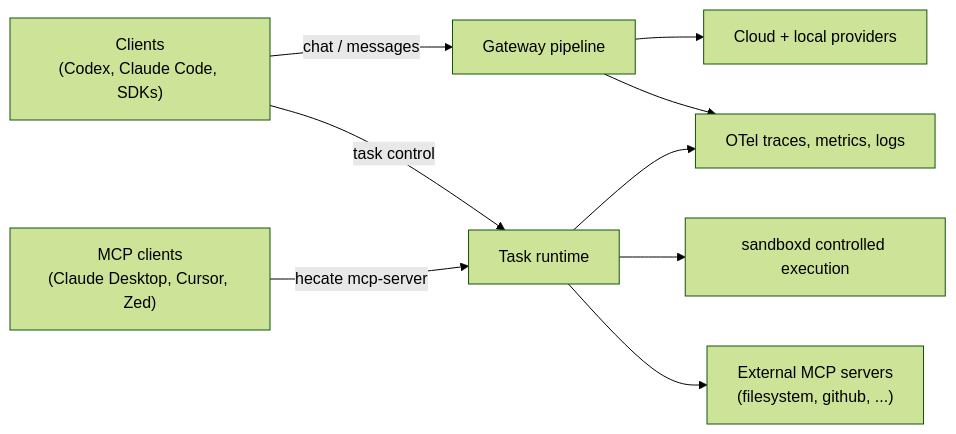
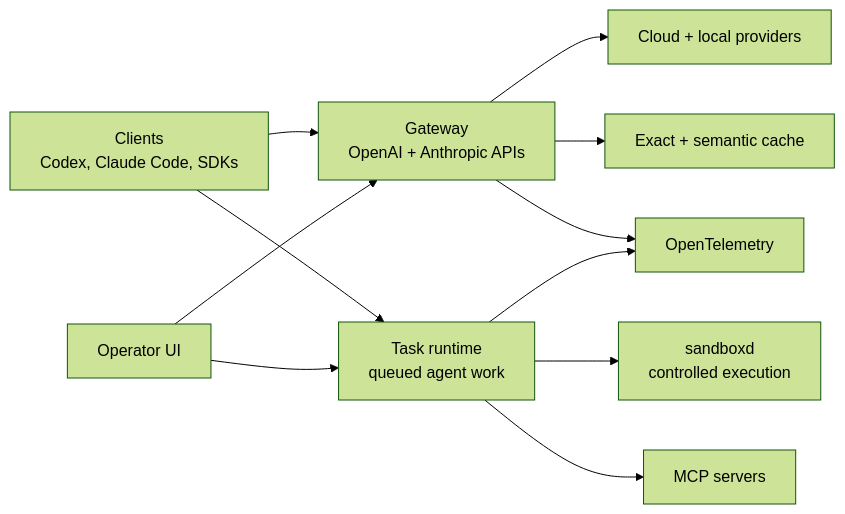
One commit to chicoxyzzy/hecate changed the diagram in README.md. Above: the diagram before and after it, drawn with Mermaid (forest theme). The commit also changed other lines of this file and 14 other files, not shown here.

````diff
--- a/README.md
+++ b/README.md
@@ -79,12 +90,13 @@
 ```mermaid
 flowchart LR
-    Client["Clients<br/>(Codex, Claude Code, SDKs)"]
-    Client -->|"chat / messages"| Gateway["Gateway pipeline"]
-    Client -->|"task control"| Runtime["Task runtime"]
+    Clients["Clients<br/>Codex, Claude Code, SDKs"] --> Gateway["Gateway<br/>OpenAI + Anthropic APIs"]
+    Clients --> Runtime["Task runtime<br/>queued agent work"]
     Gateway --> Providers["Cloud + local providers"]
-    Runtime --> Sandbox["sandboxd controlled execution"]
-    Runtime --> MCP["External MCP servers<br/>(filesystem, github, ...)"]
-    MCPClients["MCP clients<br/>(Claude Desktop, Cursor, Zed)"] -->|"hecate mcp-server"| Runtime
-    Gateway --> Telemetry["OTel traces, metrics, logs"]
-    Runtime --> Telemetry
+    Gateway --> Cache["Exact + semantic cache"]
+    Runtime --> Sandbox["sandboxd<br/>controlled execution"]
+    Runtime --> MCP["MCP servers"]
+    Gateway --> OTel["OpenTelemetry"]
+    Runtime --> OTel
+    UI["Operator UI"] --> Gateway
+    UI --> Runtime
 ```
````
